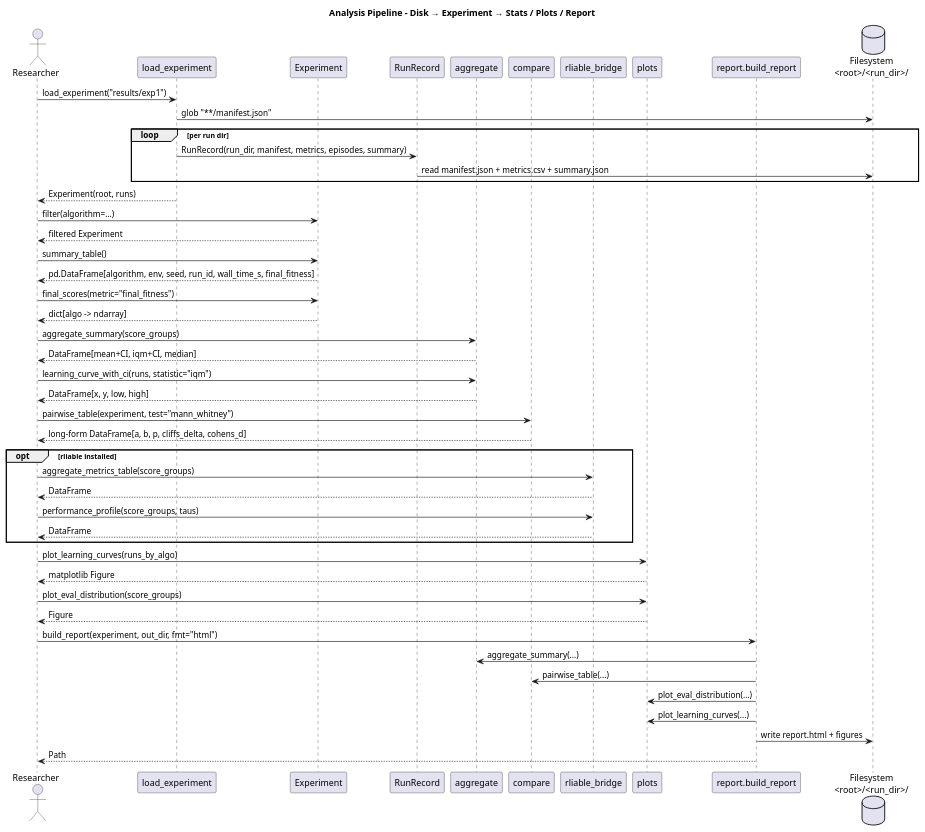
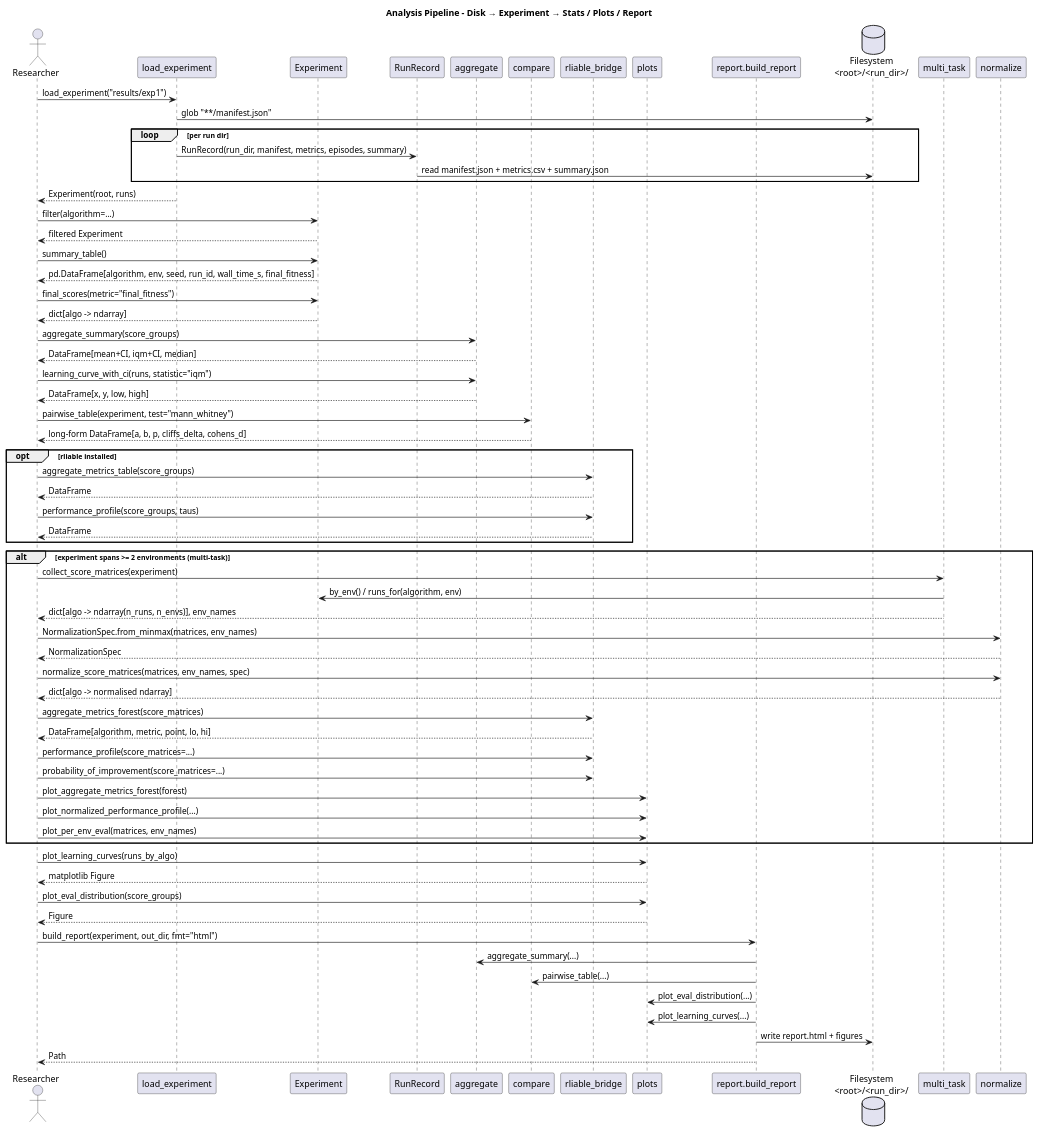
The diagram in docs/UML/sequence_analysis_pipeline.puml (Alex180504/DEAP-Zoo-bridge), drawn with PlantUML before and after one commit. The commit also changed 1 other file, not shown here.

Commit message:
Update UML

```diff
--- a/docs/UML/sequence_analysis_pipeline.puml
+++ b/docs/UML/sequence_analysis_pipeline.puml
@@ -1,61 +1,80 @@
 @startuml sequence_analysis_pipeline
 title Analysis Pipeline – Disk → Experiment → Stats / Plots / Report
 
 actor "Researcher" as R
 participant "load_experiment" as LE
 participant "Experiment" as EX
 participant "RunRecord" as RR
 participant "aggregate" as AG
 participant "compare" as CMP
 participant "rliable_bridge" as RLB
 participant "plots" as PL
 participant "report.build_report" as RPT
 database  "Filesystem\n<root>/<run_dir>/" as FS
 
 R -> LE: load_experiment("results/exp1")
 LE -> FS: glob "**/manifest.json"
 loop per run dir
     LE -> RR: RunRecord(run_dir, manifest, metrics, episodes, summary)
     RR -> FS: read manifest.json + metrics.csv + summary.json
 end
 LE --> R: Experiment(root, runs)
 
 R -> EX: filter(algorithm=...)
 EX --> R: filtered Experiment
 
 R -> EX: summary_table()
 EX --> R: pd.DataFrame[algorithm, env, seed, run_id, wall_time_s, final_fitness]
 
 R -> EX: final_scores(metric="final_fitness")
 EX --> R: dict[algo -> ndarray]
 
 R -> AG: aggregate_summary(score_groups)
 AG --> R: DataFrame[mean+CI, iqm+CI, median]
 
 R -> AG: learning_curve_with_ci(runs, statistic="iqm")
 AG --> R: DataFrame[x, y, low, high]
 
 R -> CMP: pairwise_table(experiment, test="mann_whitney")
 CMP --> R: long-form DataFrame[a, b, p, cliffs_delta, cohens_d]
 
 opt rliable installed
     R -> RLB: aggregate_metrics_table(score_groups)
     RLB --> R: DataFrame
     R -> RLB: performance_profile(score_groups, taus)
     RLB --> R: DataFrame
 end
 
+alt experiment spans >= 2 environments (multi-task)
+    participant "multi_task" as MT
+    participant "normalize" as NR
+    R -> MT: collect_score_matrices(experiment)
+    MT -> EX: by_env() / runs_for(algorithm, env)
+    MT --> R: dict[algo -> ndarray(n_runs, n_envs)], env_names
+    R -> NR: NormalizationSpec.from_minmax(matrices, env_names)
+    NR --> R: NormalizationSpec
+    R -> NR: normalize_score_matrices(matrices, env_names, spec)
+    NR --> R: dict[algo -> normalised ndarray]
+    R -> RLB: aggregate_metrics_forest(score_matrices)
+    RLB --> R: DataFrame[algorithm, metric, point, lo, hi]
+    R -> RLB: performance_profile(score_matrices=...)
+    R -> RLB: probability_of_improvement(score_matrices=...)
+    R -> PL: plot_aggregate_metrics_forest(forest)
+    R -> PL: plot_normalized_performance_profile(...)
+    R -> PL: plot_per_env_eval(matrices, env_names)
+end
+
 R -> PL: plot_learning_curves(runs_by_algo)
 PL --> R: matplotlib Figure
 R -> PL: plot_eval_distribution(score_groups)
 PL --> R: Figure
 
 R -> RPT: build_report(experiment, out_dir, fmt="html")
 RPT -> AG: aggregate_summary(...)
 RPT -> CMP: pairwise_table(...)
 RPT -> PL: plot_eval_distribution(...)
 RPT -> PL: plot_learning_curves(...)
 RPT -> FS: write report.html + figures
 RPT --> R: Path
 
 @enduml
```
